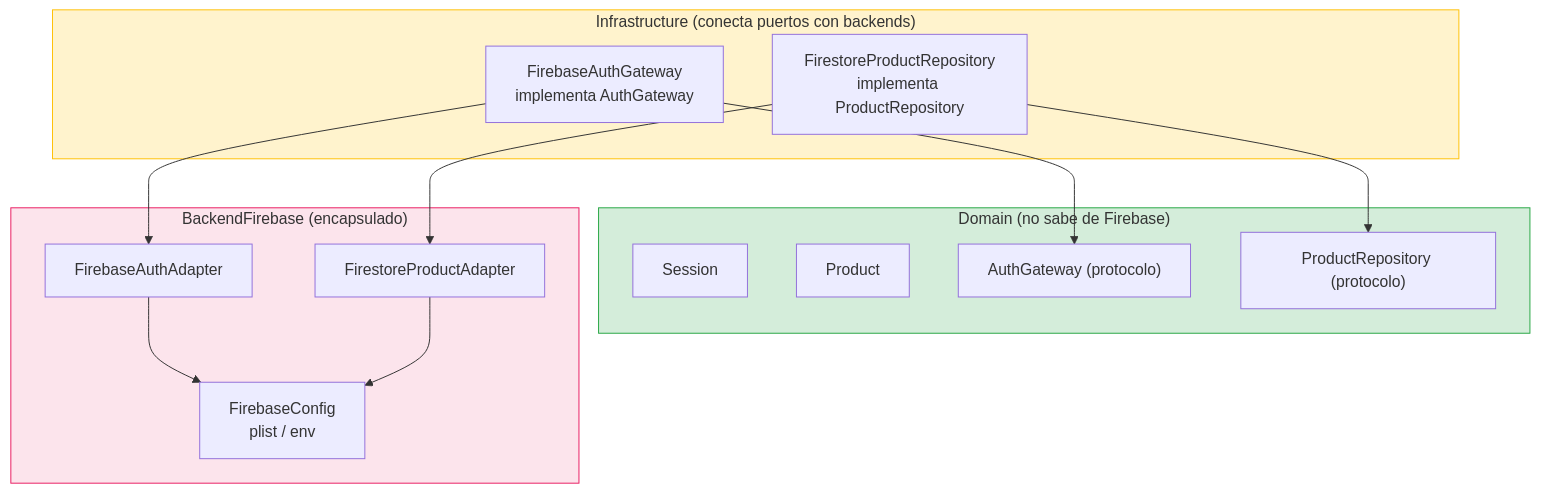
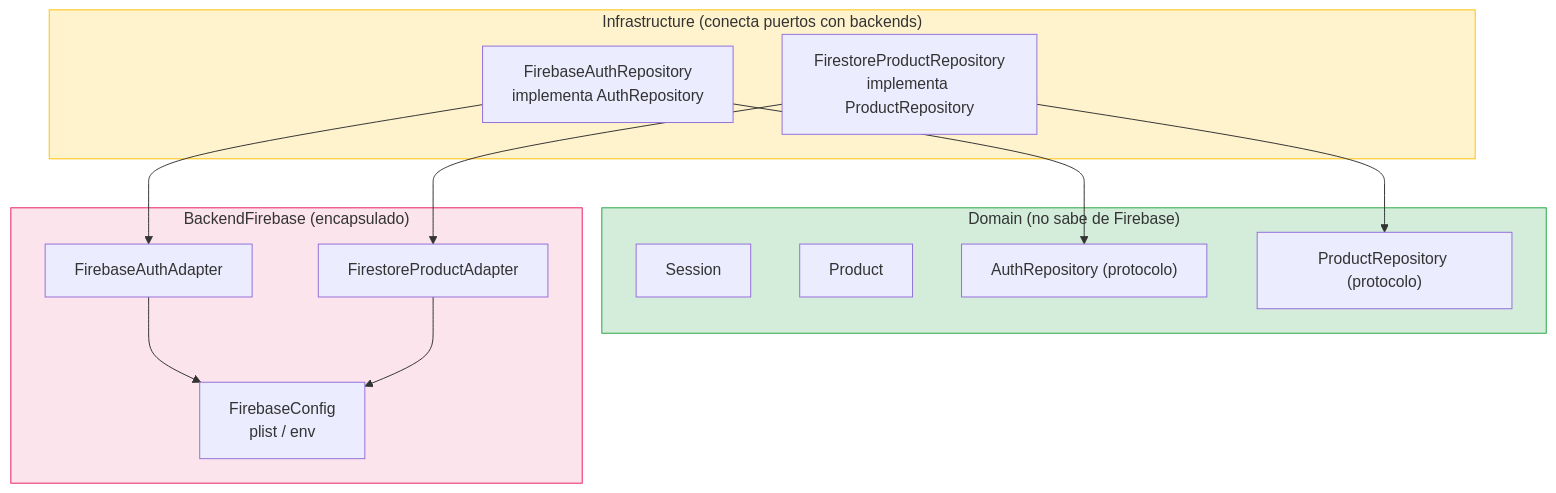
Before and after one commit to SwiftEnProfundidad/stack-my-architecture-ios: the ninth of 9 diagrams in anexos/diagramas/atlas-arquitectura.md, drawn with Mermaid. The commit also changed other lines of this file and 50 other files, not shown here.

````diff
--- a/anexos/diagramas/atlas-arquitectura.md
+++ b/anexos/diagramas/atlas-arquitectura.md
@@ -470,32 +470,32 @@
 ```mermaid
 graph TD
     subgraph DOMAIN["Domain (no sabe de Firebase)"]
         Session_D["Session"]
         Product_D["Product"]
-        AuthGW_D["AuthGateway (protocolo)"]
+        AuthGW_D["AuthRepository (protocolo)"]
         ProdRepo_D["ProductRepository (protocolo)"]
     end
 
     subgraph BACKEND_FB["BackendFirebase (encapsulado)"]
         FBAuth["FirebaseAuthAdapter"]
         FBStore["FirestoreProductAdapter"]
         FBConfig["FirebaseConfig<br/>plist / env"]
     end
 
     subgraph INFRA["Infrastructure (conecta puertos con backends)"]
-        AuthImpl["FirebaseAuthGateway<br/>implementa AuthGateway"]
+        AuthImpl["FirebaseAuthRepository<br/>implementa AuthRepository"]
         ProdImpl["FirestoreProductRepository<br/>implementa ProductRepository"]
     end
 
     AuthImpl --> AuthGW_D
     AuthImpl --> FBAuth
     ProdImpl --> ProdRepo_D
     ProdImpl --> FBStore
 
     FBAuth --> FBConfig
     FBStore --> FBConfig
 
     style DOMAIN fill:#d4edda,stroke:#28a745
     style BACKEND_FB fill:#fce4ec,stroke:#e91e63
     style INFRA fill:#fff3cd,stroke:#ffc107
 ```
````
